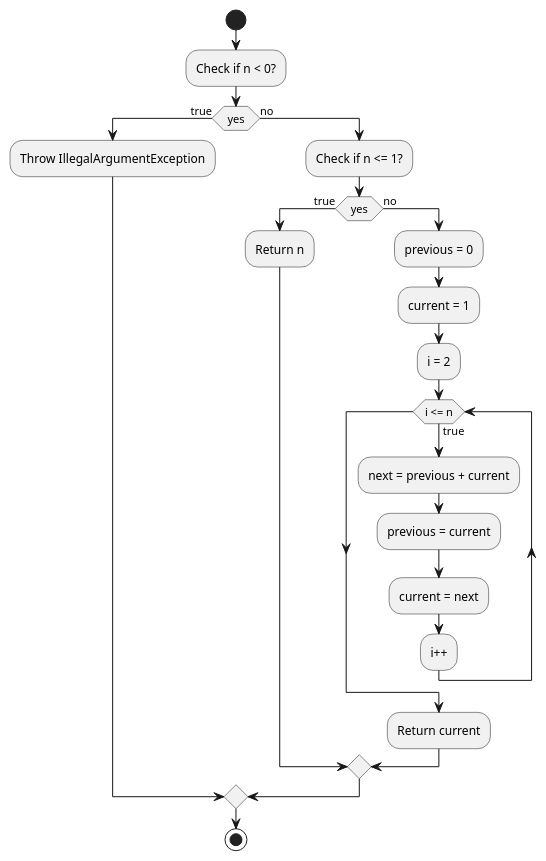
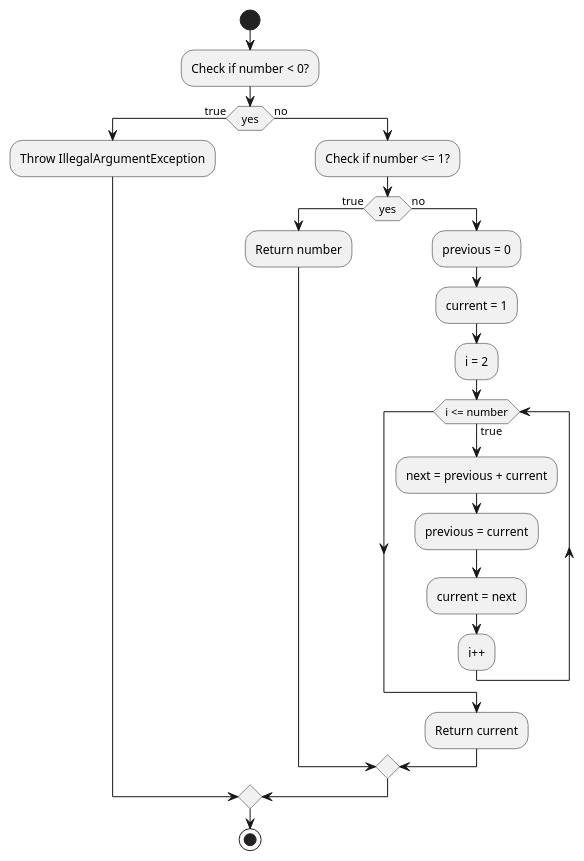
The diagram in diagrams/activity_diagrams/fibonacci_iteration.puml (andriiiiiko/jd-homework-5), drawn with PlantUML before and after one commit. The commit also changed 11 other files, not shown here.

```diff
--- a/diagrams/activity_diagrams/fibonacci_iteration.puml
+++ b/diagrams/activity_diagrams/fibonacci_iteration.puml
@@ -1,26 +1,26 @@
 @startuml
 'https://plantuml.com/activity-diagram-beta
 
 start
-:Check if n < 0?;
+:Check if number < 0?;
 if (yes) then (true)
   :Throw IllegalArgumentException;
 else (no)
-  :Check if n <= 1?;
+  :Check if number <= 1?;
   if (yes) then (true)
-    :Return n;
+    :Return number;
   else (no)
     :previous = 0;
     :current = 1;
     :i = 2;
-    while (i <= n) is (true)
+    while (i <= number) is (true)
       :next = previous + current;
       :previous = current;
       :current = next;
       :i++;
     endwhile
     :Return current;
   endif
 endif
 stop
 @enduml
```
